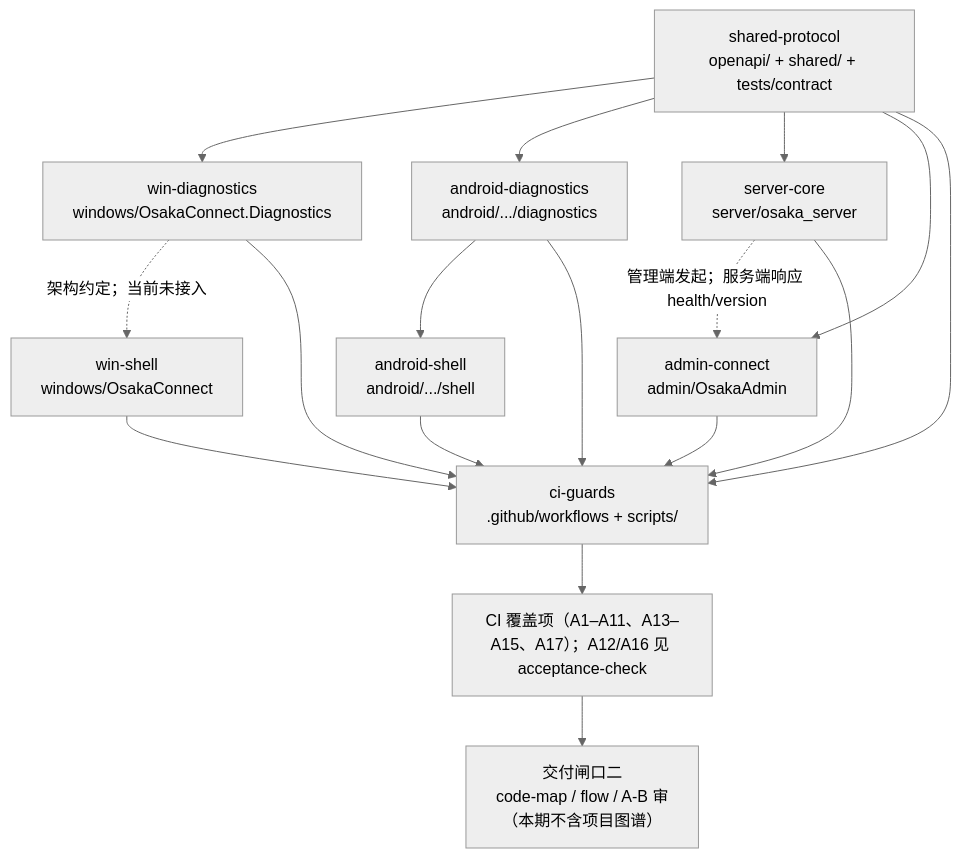
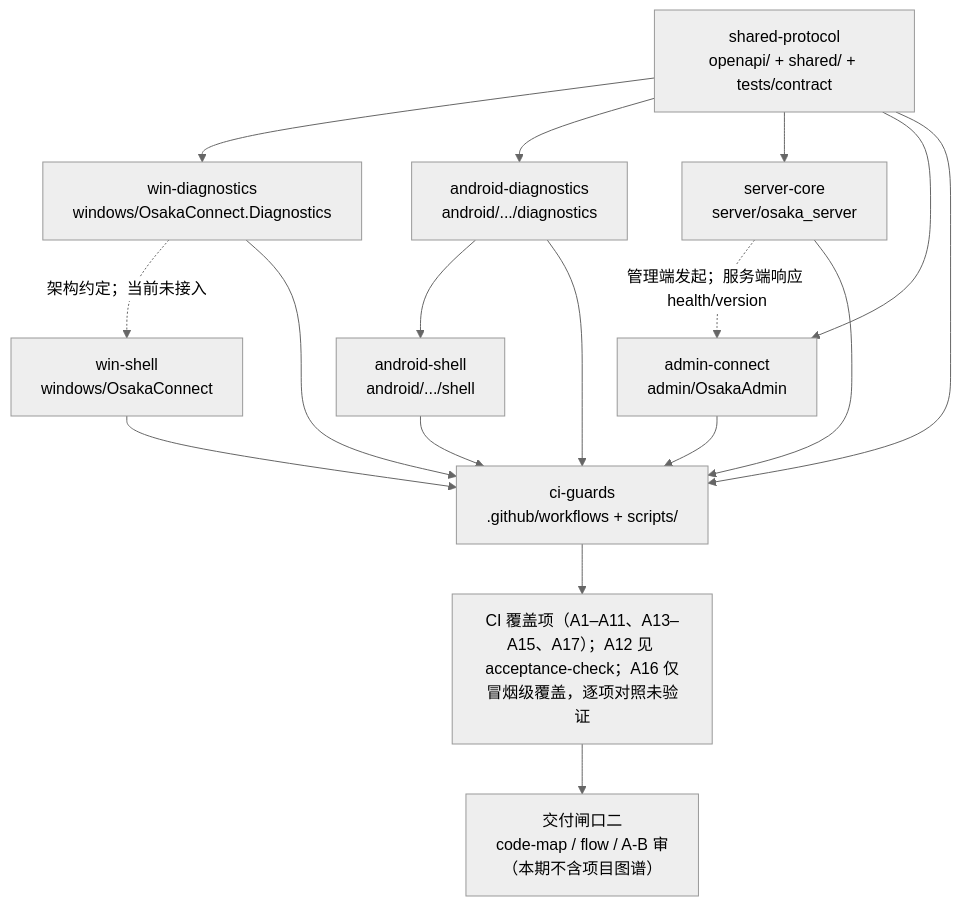
One commit to Yarrow-he/OsakaConnect changed the diagram in docs/delivery/v0.1.0/flow.mmd. Above: the diagram before and after it, drawn with Mermaid (neutral theme). The commit also changed 2 other files, not shown here.

```diff
--- a/docs/delivery/v0.1.0/flow.mmd
+++ b/docs/delivery/v0.1.0/flow.mmd
@@ -1,23 +1,23 @@
 flowchart TD
   shared["shared-protocol<br/>openapi/ + shared/ + tests/contract"]
 
   shared --> winDiag["win-diagnostics<br/>windows/OsakaConnect.Diagnostics"]
   shared --> andDiag["android-diagnostics<br/>android/.../diagnostics"]
   shared --> server["server-core<br/>server/osaka_server"]
   shared --> admin["admin-connect<br/>admin/OsakaAdmin"]
 
   winDiag -.->|"架构约定；当前未接入"| winShell["win-shell<br/>windows/OsakaConnect"]
   andDiag --> andShell["android-shell<br/>android/.../shell"]
 
   server -.->|"管理端发起；服务端响应 health/version"| admin
 
   winDiag --> ci["ci-guards<br/>.github/workflows + scripts/"]
   andDiag --> ci
   winShell --> ci
   andShell --> ci
   server --> ci
   admin --> ci
   shared --> ci
 
-  ci --> accept["CI 覆盖项（A1–A11、A13–A15、A17）；A12/A16 见 acceptance-check"]
+  ci --> accept["CI 覆盖项（A1–A11、A13–A15、A17）；A12 见 acceptance-check；A16 仅冒烟级覆盖，逐项对照未验证"]
   accept --> delivery["交付闸口二<br/>code-map / flow / A-B 审<br/>（本期不含项目图谱）"]
```
